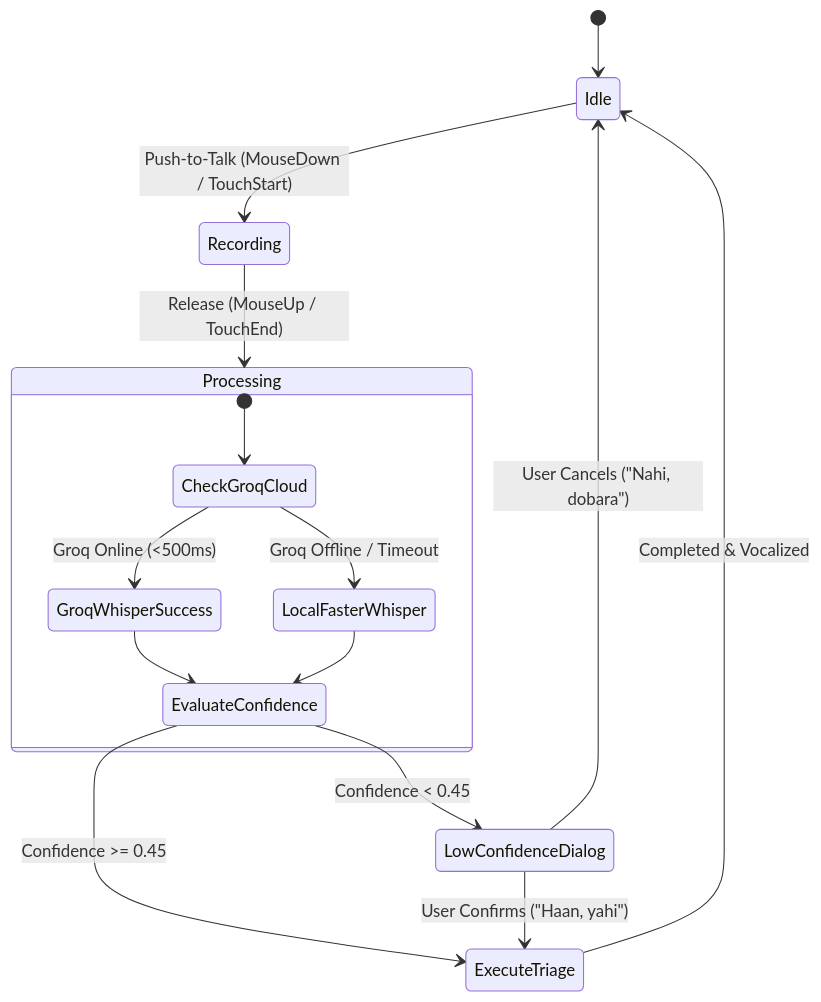
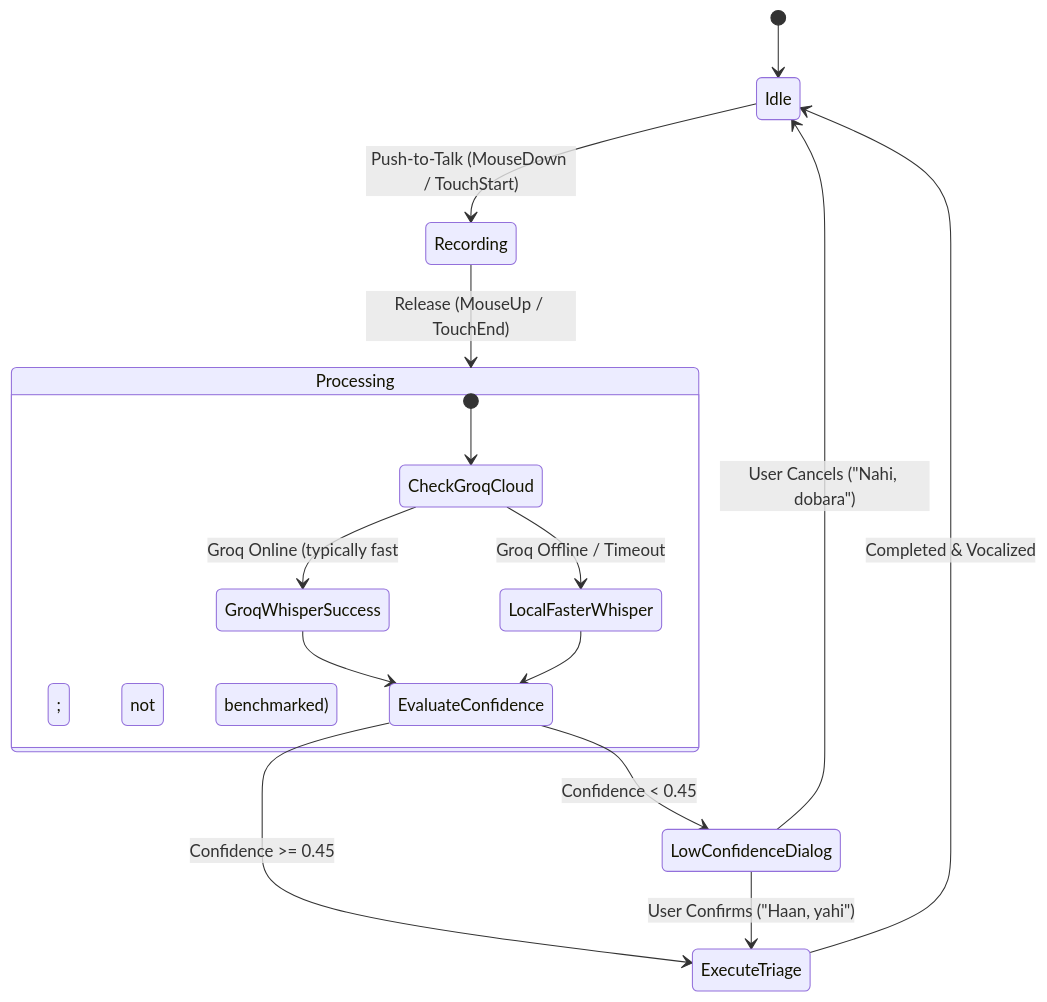
One commit to abdulhayykhan/Ustaad-In-A-Box changed the second of 2 diagrams in docs/ARCHITECTURE.md. Above: the diagram before and after it, drawn with Mermaid. The commit also changed other lines of this file and 15 other files, not shown here.

````diff
--- a/docs/ARCHITECTURE.md
+++ b/docs/ARCHITECTURE.md
@@ -147,21 +147,21 @@
 ```mermaid
 stateDiagram-v2
     [*] --> Idle
     Idle --> Recording : Push-to-Talk (MouseDown / TouchStart)
     Recording --> Processing : Release (MouseUp / TouchEnd)
     
     state Processing {
         [*] --> CheckGroqCloud
-        CheckGroqCloud --> GroqWhisperSuccess : Groq Online (<500ms)
+        CheckGroqCloud --> GroqWhisperSuccess : Groq Online (typically fast; not benchmarked)
         CheckGroqCloud --> LocalFasterWhisper : Groq Offline / Timeout
         GroqWhisperSuccess --> EvaluateConfidence
         LocalFasterWhisper --> EvaluateConfidence
     }
 
     EvaluateConfidence --> LowConfidenceDialog : Confidence < 0.45
     EvaluateConfidence --> ExecuteTriage : Confidence >= 0.45
     
     LowConfidenceDialog --> ExecuteTriage : User Confirms ("Haan, yahi")
     LowConfidenceDialog --> Idle : User Cancels ("Nahi, dobara")
     ExecuteTriage --> Idle : Completed & Vocalized
 ```
````
